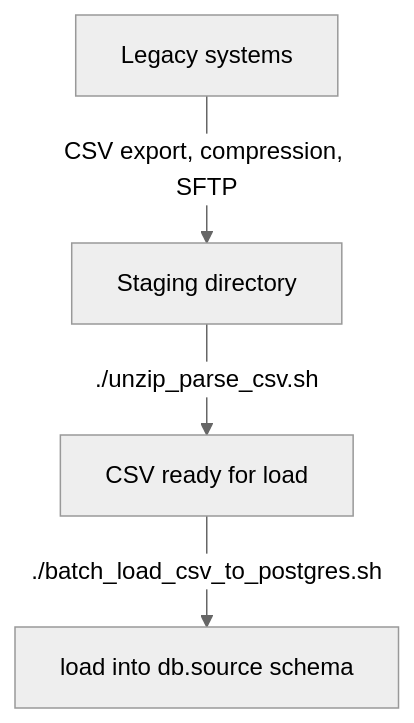
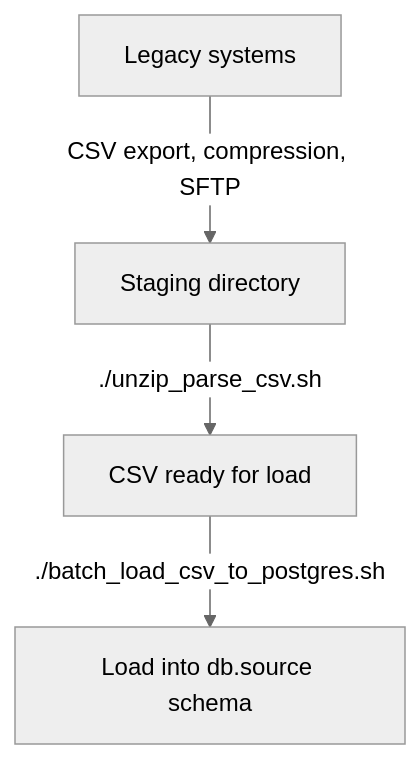
Before and after one commit to d3london/legacy_data_loaders: the diagram in README.md, drawn with Mermaid. The commit also changed other lines of this file, not shown here.

````diff
--- a/README.md
+++ b/README.md
@@ -26,7 +26,7 @@
 ```mermaid
 %%{init: {'theme': 'neutral' } }%%
   graph TD
       A["Legacy systems"]-->|"CSV export, compression, SFTP"|B["Staging directory"]
       B-->|"./unzip_parse_csv.sh"|C["CSV ready for load"]
-      C-->|"./batch_load_csv_to_postgres.sh"|D["load into db.source schema"]
+      C-->|"./batch_load_csv_to_postgres.sh"|D["Load into db.source schema"]
 ```
````
